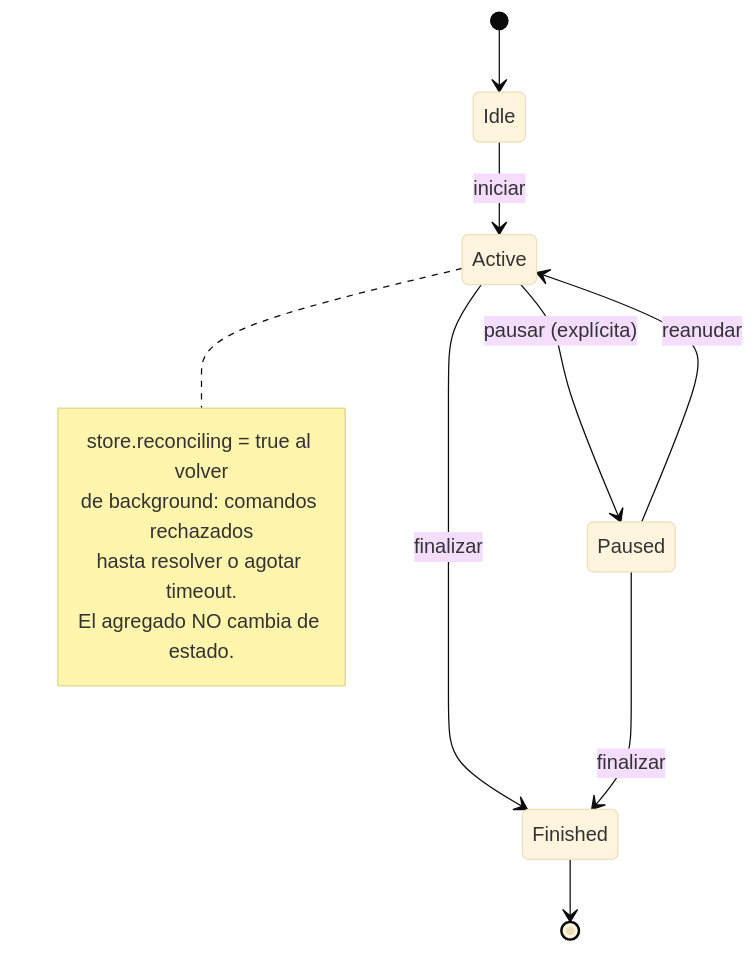
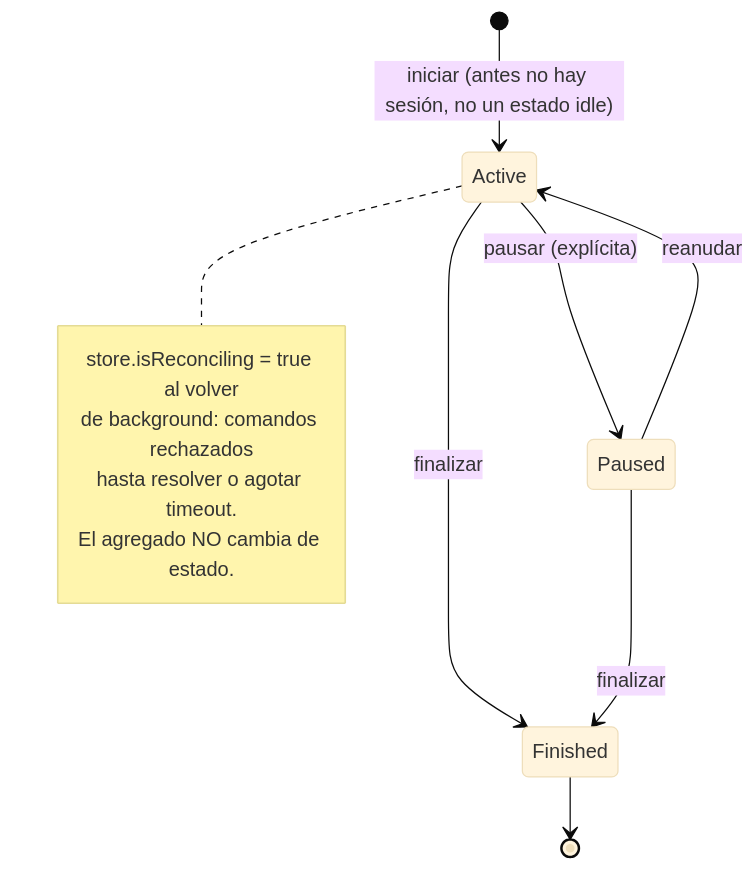
The second of 2 diagrams in _bmad-output/planning-artifacts/architecture/architecture-walktracker-2026-09-12/ARCHITECTURE-SPINE.md (pag6606/walktracker), drawn with Mermaid (base theme) before and after one commit. The commit also changed other lines of this file and 12 other files, not shown here.

````diff
--- a/_bmad-output/planning-artifacts/architecture/architecture-walktracker-2026-09-12/ARCHITECTURE-SPINE.md
+++ b/_bmad-output/planning-artifacts/architecture/architecture-walktracker-2026-09-12/ARCHITECTURE-SPINE.md
@@ -148,16 +152,15 @@
 ```mermaid
 stateDiagram-v2
-    [*] --> Idle
-    Idle --> Active: iniciar
+    [*] --> Active: iniciar (antes no hay sesión, no un estado idle)
     Active --> Paused: pausar (explícita)
     Paused --> Active: reanudar
     Active --> Finished: finalizar
     Paused --> Finished: finalizar
     Finished --> [*]
     note right of Active
-        store.reconciling = true al volver
+        store.isReconciling = true al volver
         de background: comandos rechazados
         hasta resolver o agotar timeout.
         El agregado NO cambia de estado.
     end note
 ```
````
